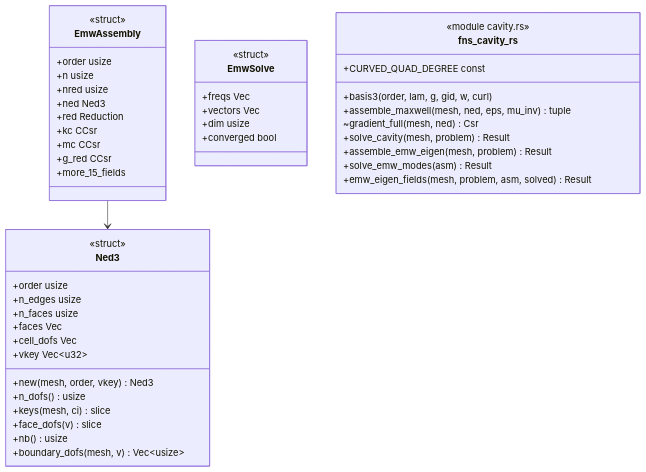
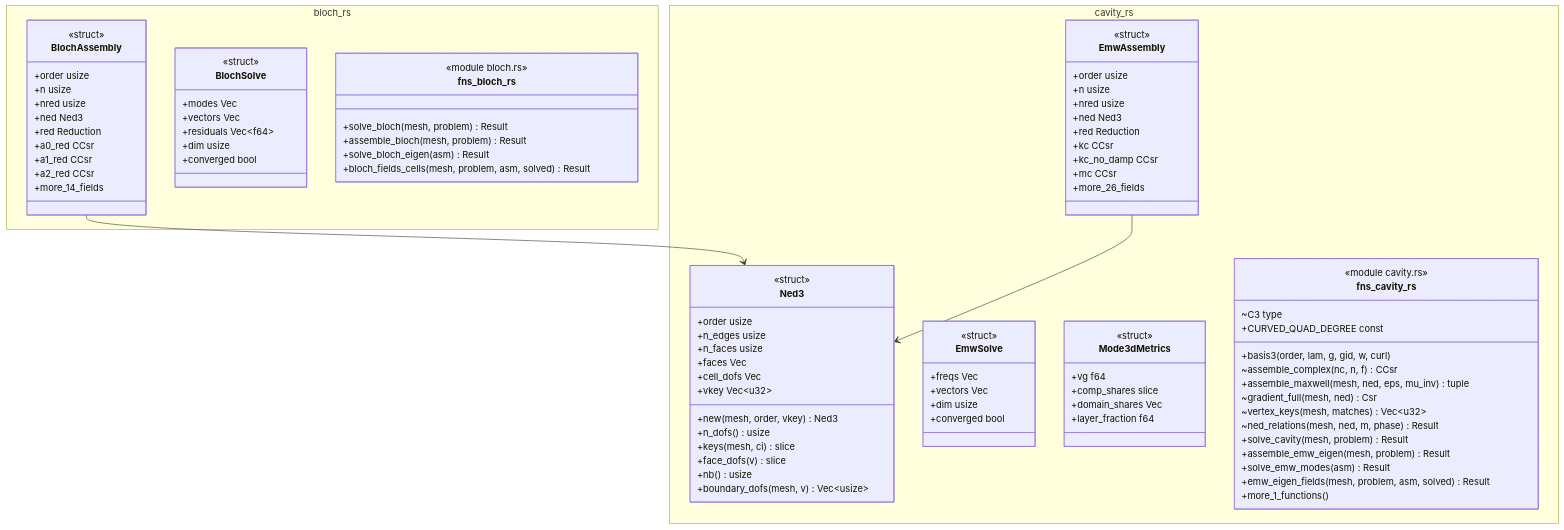
Before and after one commit to p-j-r/nyx: the diagram in docs/architecture/c4/4-code/ems/cavity.md, drawn with Mermaid. The commit also changed other lines of this file and 150 other files, not shown here.

````diff
--- a/docs/architecture/c4/4-code/ems/cavity.md
+++ b/docs/architecture/c4/4-code/ems/cavity.md
@@ -38,49 +41,93 @@
 ```mermaid
 classDiagram
-  class Ned3 {
-      <<struct>>
-      +order usize
-      +n_edges usize
-      +n_faces usize
-      +faces Vec
-      +cell_dofs Vec
-      +vkey Vec~u32~
-      +new(mesh, order, vkey) Ned3
-      +n_dofs() usize
-      +keys(mesh, ci) slice
-      +face_dofs(v) slice
-      +nb() usize
-      +boundary_dofs(mesh, v) Vec~usize~
+  namespace bloch_rs {
+    class BlochAssembly {
+        <<struct>>
+        +order usize
+        +n usize
+        +nred usize
+        +ned Ned3
+        +red Reduction
+        +a0_red CCsr
+        +a1_red CCsr
+        +a2_red CCsr
+        +more_14_fields
+    }
+    class BlochSolve {
+        <<struct>>
+        +modes Vec
+        +vectors Vec
+        +residuals Vec~f64~
+        +dim usize
+        +converged bool
+    }
+    class fns_bloch_rs {
+        <<module bloch.rs>>
+        +solve_bloch(mesh, problem) Result
+        +assemble_bloch(mesh, problem) Result
+        +solve_bloch_eigen(asm) Result
+        +bloch_fields_cells(mesh, problem, asm, solved) Result
+    }
   }
-  class EmwAssembly {
-      <<struct>>
-      +order usize
-      +n usize
-      +nred usize
-      +ned Ned3
-      +red Reduction
-      +kc CCsr
-      +mc CCsr
-      +g_red CCsr
-      +more_15_fields
+  namespace cavity_rs {
+    class Ned3 {
+        <<struct>>
+        +order usize
+        +n_edges usize
+        +n_faces usize
+        +faces Vec
+        +cell_dofs Vec
+        +vkey Vec~u32~
+        +new(mesh, order, vkey) Ned3
+        +n_dofs() usize
+        +keys(mesh, ci) slice
+        +face_dofs(v) slice
+        +nb() usize
+        +boundary_dofs(mesh, v) Vec~usize~
+    }
+    class EmwAssembly {
+        <<struct>>
+        +order usize
+        +n usize
+        +nred usize
+        +ned Ned3
+        +red Reduction
+        +kc CCsr
+        +kc_no_damp CCsr
+        +mc CCsr
+        +more_26_fields
+    }
+    class EmwSolve {
+        <<struct>>
+        +freqs Vec
+        +vectors Vec
+        +dim usize
+        +converged bool
+    }
+    class Mode3dMetrics {
+        <<struct>>
+        +vg f64
+        +comp_shares slice
+        +domain_shares Vec
+        +layer_fraction f64
+    }
+    class fns_cavity_rs {
+        <<module cavity.rs>>
+        +basis3(order, lam, g, gid, w, curl)
+        ~assemble_complex(nc, n, f) CCsr
+        +assemble_maxwell(mesh, ned, eps, mu_inv) tuple
+        ~gradient_full(mesh, ned) Csr
+        ~vertex_keys(mesh, matches) Vec~u32~
+        ~ned_relations(mesh, ned, m, phase) Result
+        +solve_cavity(mesh, problem) Result
+        +assemble_emw_eigen(mesh, problem) Result
+        +solve_emw_modes(asm) Result
+        +emw_eigen_fields(mesh, problem, asm, solved) Result
+        +more_1_functions()
+        ~C3 type
+        +CURVED_QUAD_DEGREE const
+    }
   }
-  class EmwSolve {
-      <<struct>>
-      +freqs Vec
-      +vectors Vec
-      +dim usize
-      +converged bool
-  }
-  class fns_cavity_rs {
-      <<module cavity.rs>>
-      +basis3(order, lam, g, gid, w, curl)
-      +assemble_maxwell(mesh, ned, eps, mu_inv) tuple
-      ~gradient_full(mesh, ned) Csr
-      +solve_cavity(mesh, problem) Result
-      +assemble_emw_eigen(mesh, problem) Result
-      +solve_emw_modes(asm) Result
-      +emw_eigen_fields(mesh, problem, asm, solved) Result
-      +CURVED_QUAD_DEGREE const
-  }
+  BlochAssembly --> Ned3
   EmwAssembly --> Ned3
 ```
````
